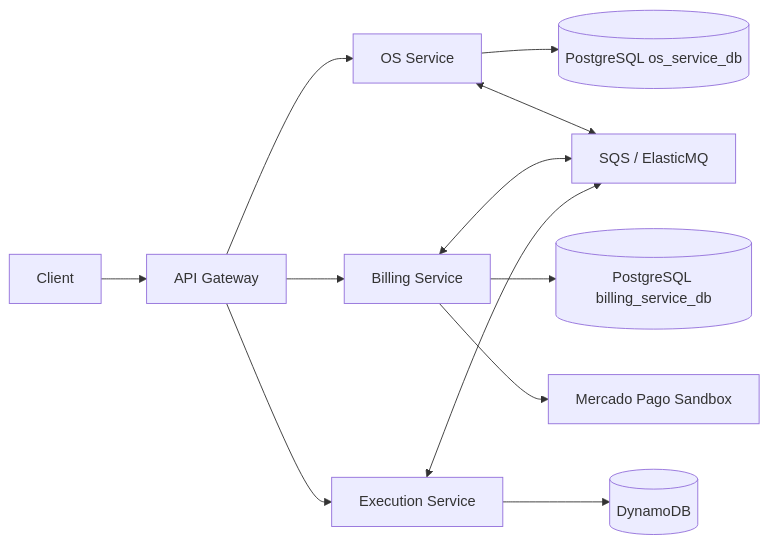
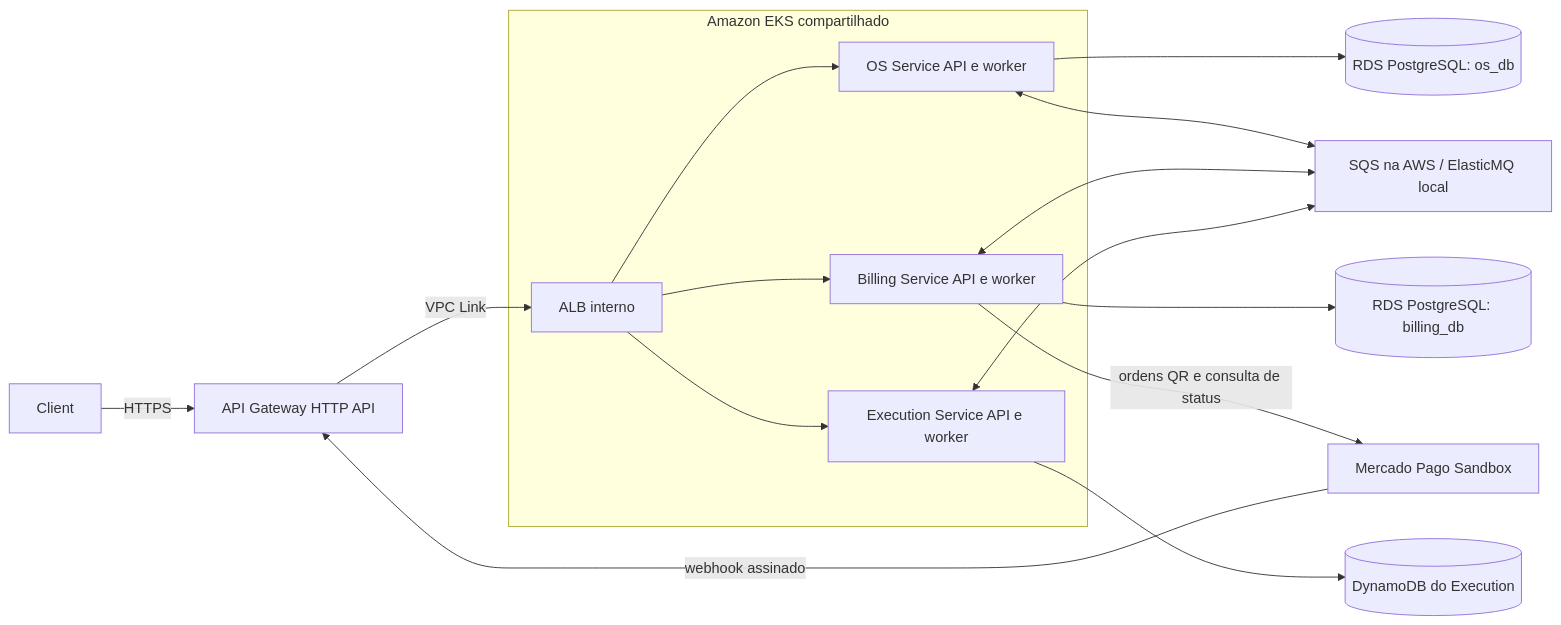
The diagram in fase-4/architecture.md (douradorobert-pos-fiap-project/architecture-docs), drawn with Mermaid before and after one commit. The commit also changed other lines of this file and 12 other files, not shown here.

````diff
--- a/fase-4/architecture.md
+++ b/fase-4/architecture.md
@@ -5,14 +5,18 @@
 ```mermaid
 flowchart LR
-  Client --> APIGW[API Gateway]
-  APIGW --> OS[OS Service]
-  APIGW --> Billing[Billing Service]
-  APIGW --> Execution[Execution Service]
-  OS --> OSDB[(PostgreSQL os_service_db)]
-  Billing --> BILLDB[(PostgreSQL billing_service_db)]
-  Execution --> DDB[(DynamoDB)]
-  OS <--> Broker[SQS / ElasticMQ]
+  Client -->|HTTPS| APIGW[API Gateway HTTP API]
+  APIGW -->|VPC Link| ALB[ALB interno]
+  subgraph EKS[Amazon EKS compartilhado]
+    ALB --> OS[OS Service API e worker]
+    ALB --> Billing[Billing Service API e worker]
+    ALB --> Execution[Execution Service API e worker]
+  end
+  OS --> OSDB[(RDS PostgreSQL: os_db)]
+  Billing --> BILLDB[(RDS PostgreSQL: billing_db)]
+  Execution --> DDB[(DynamoDB do Execution)]
+  OS <--> Broker[SQS na AWS / ElasticMQ local]
   Billing <--> Broker
   Execution <--> Broker
-  Billing --> MP[Mercado Pago Sandbox]
+  Billing -->|ordens QR e consulta de status| MP[Mercado Pago Sandbox]
+  MP -->|webhook assinado| APIGW
 ```
````
